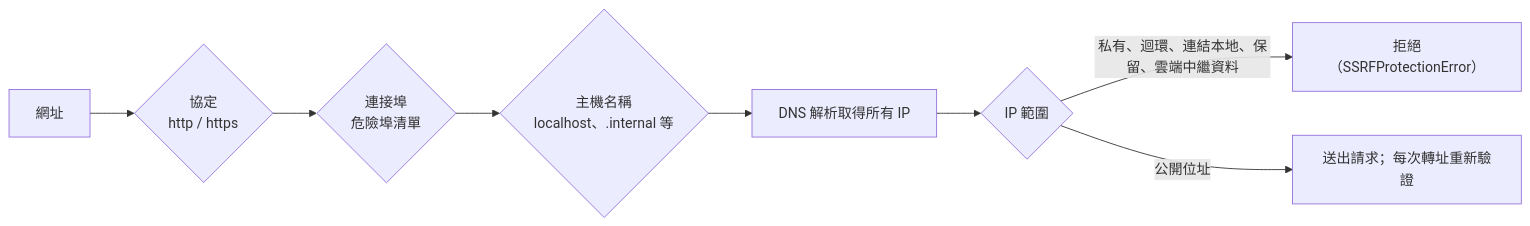
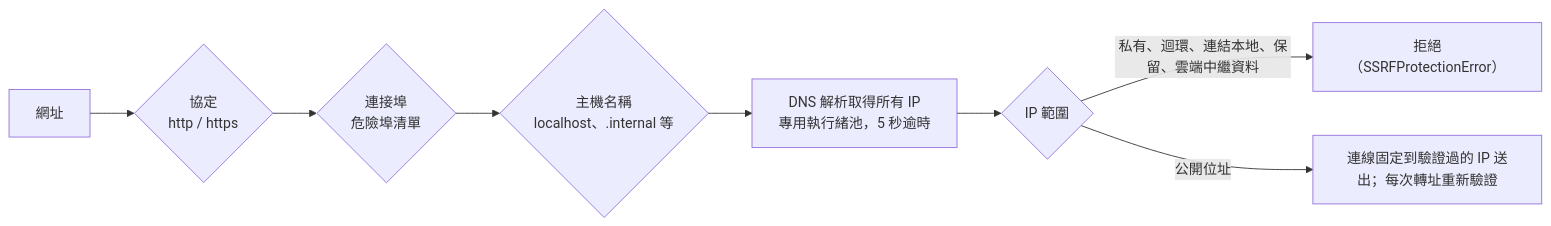
The ninth of 9 diagrams in docs/architecture.md (Scorpio-meow/AskMiao), drawn with Mermaid before and after one commit. The commit also changed other lines of this file and 84 other files, not shown here.

````diff
--- a/docs/architecture.md
+++ b/docs/architecture.md
@@ -511,10 +551,10 @@
 ```mermaid
 flowchart LR
     Input["網址"] --> Scheme{"協定<br/>http / https"}
     Scheme --> Port{"連接埠<br/>危險埠清單"}
     Port --> Host{"主機名稱<br/>localhost、.internal 等"}
-    Host --> Resolve["DNS 解析取得所有 IP"]
+    Host --> Resolve["DNS 解析取得所有 IP<br/>專用執行緒池，5 秒逾時"]
     Resolve --> IPCheck{"IP 範圍"}
     IPCheck -->|私有、迴環、連結本地、保留、雲端中繼資料| Block["拒絕（SSRFProtectionError）"]
-    IPCheck -->|公開位址| Allow["送出請求；每次轉址重新驗證"]
+    IPCheck -->|公開位址| Allow["連線固定到驗證過的 IP 送出；每次轉址重新驗證"]
 ```
````
